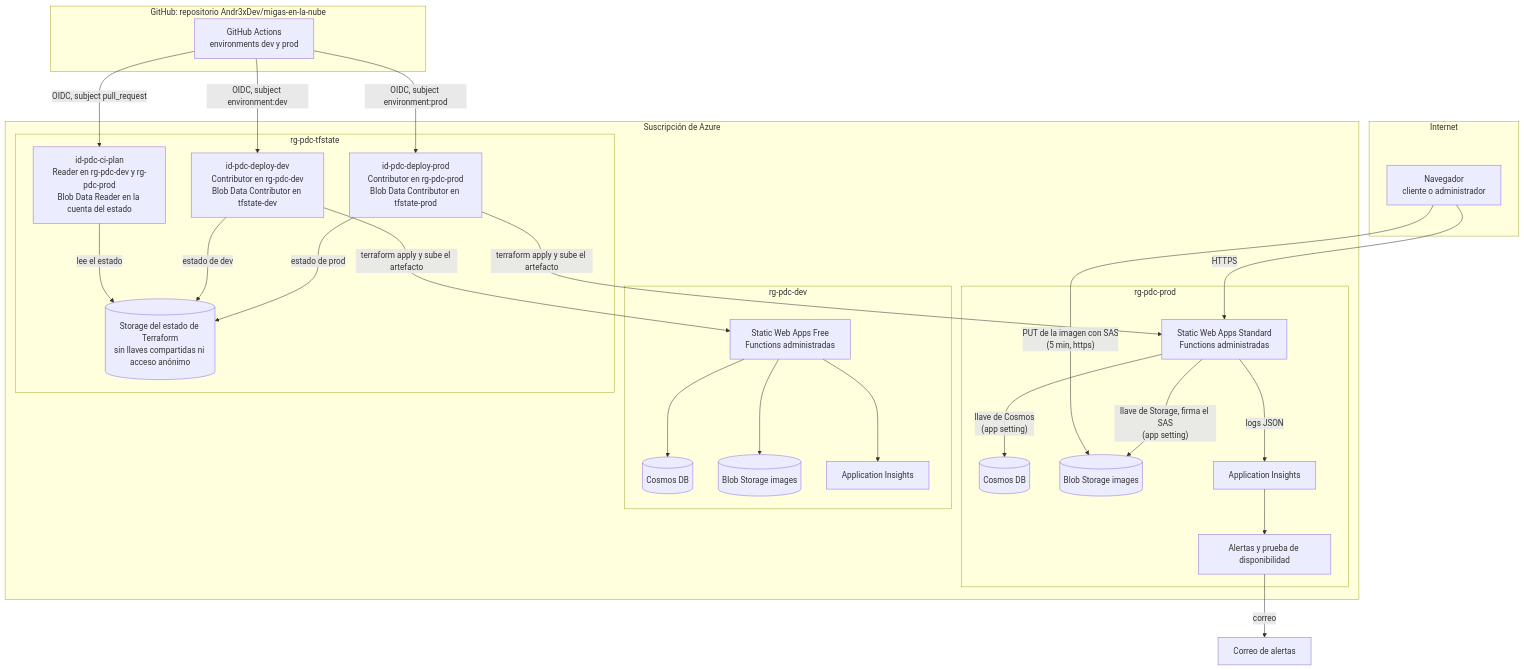
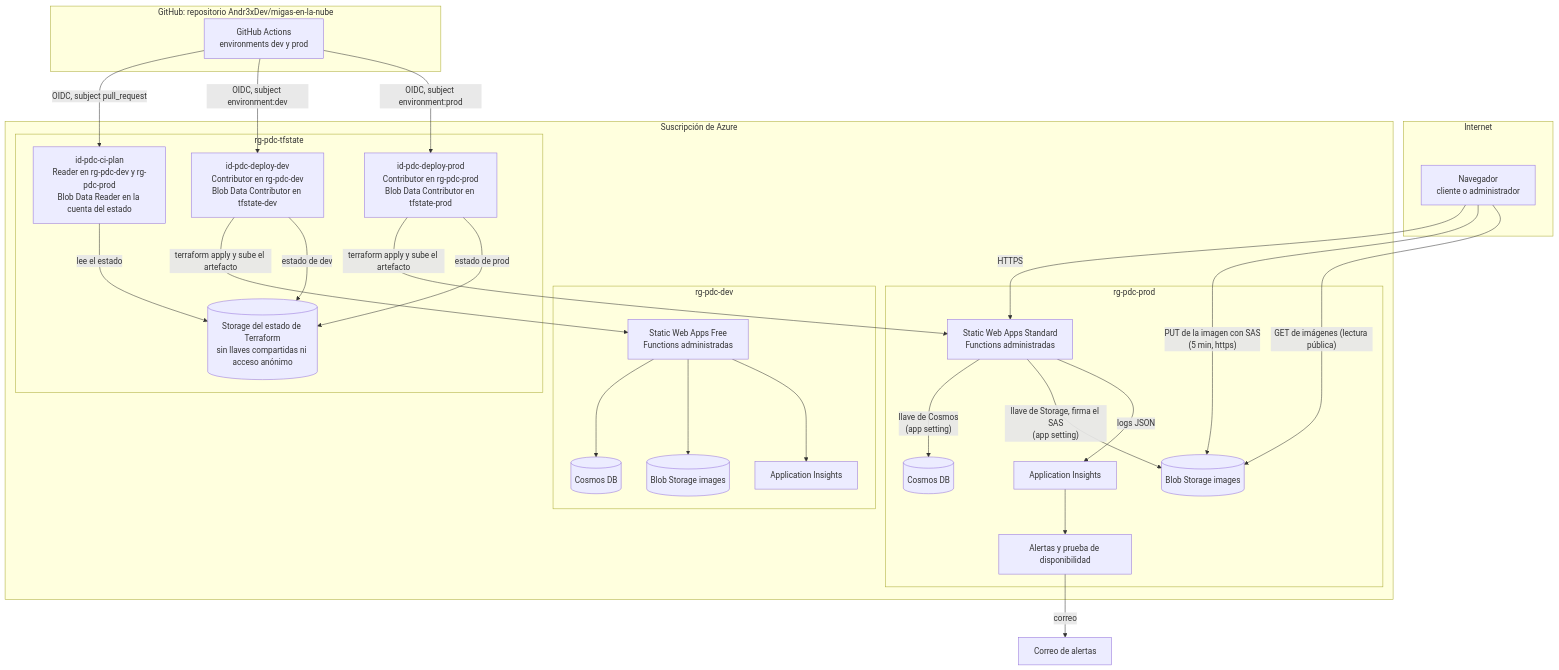
Before and after one commit to Andr3xDev/migas-en-la-nube: the diagram in docs/diagramas/red-seguridad.md, drawn with Mermaid. The commit also changed 2 other files, not shown here.

Commit message:
docs: correct ruleset, alert and deploy claims in design docs

````diff
--- a/docs/diagramas/red-seguridad.md
+++ b/docs/diagramas/red-seguridad.md
@@ -5,56 +5,57 @@
 ```mermaid
 flowchart TB
     subgraph Internet["Internet"]
         User["Navegador<br/>cliente o administrador"]
     end
 
     subgraph GH["GitHub: repositorio Andr3xDev/migas-en-la-nube"]
         Actions["GitHub Actions<br/>environments dev y prod"]
     end
 
     subgraph Azure["Suscripción de Azure"]
         subgraph RGProd["rg-pdc-prod"]
             SwaProd["Static Web Apps Standard<br/>Functions administradas"]
             CosmosProd[("Cosmos DB")]
             BlobProd[("Blob Storage images")]
             AiProd["Application Insights"]
             Alerts["Alertas y prueba de disponibilidad"]
         end
 
         subgraph RGDev["rg-pdc-dev"]
             SwaDev["Static Web Apps Free<br/>Functions administradas"]
             CosmosDev[("Cosmos DB")]
             BlobDev[("Blob Storage images")]
             AiDev["Application Insights"]
         end
 
         subgraph RGTF["rg-pdc-tfstate"]
             IdPlan["id-pdc-ci-plan<br/>Reader en rg-pdc-dev y rg-pdc-prod<br/>Blob Data Reader en la cuenta del estado"]
             IdDev["id-pdc-deploy-dev<br/>Contributor en rg-pdc-dev<br/>Blob Data Contributor en tfstate-dev"]
             IdProd["id-pdc-deploy-prod<br/>Contributor en rg-pdc-prod<br/>Blob Data Contributor en tfstate-prod"]
             State[("Storage del estado de Terraform<br/>sin llaves compartidas ni acceso anónimo")]
         end
     end
 
     Mail["Correo de alertas"]
 
     User -->|"HTTPS"| SwaProd
     User -->|"PUT de la imagen con SAS<br/>(5 min, https)"| BlobProd
+    User -->|"GET de imágenes (lectura pública)"| BlobProd
     SwaProd -->|"llave de Cosmos<br/>(app setting)"| CosmosProd
     SwaProd -->|"llave de Storage, firma el SAS<br/>(app setting)"| BlobProd
     SwaProd -->|"logs JSON"| AiProd
     AiProd --> Alerts
     Alerts -->|"correo"| Mail
     SwaDev --> CosmosDev
     SwaDev --> BlobDev
     SwaDev --> AiDev
 
     Actions -->|"OIDC, subject pull_request"| IdPlan
     Actions -->|"OIDC, subject environment:dev"| IdDev
     Actions -->|"OIDC, subject environment:prod"| IdProd
     IdDev -->|"terraform apply y sube el artefacto"| SwaDev
     IdProd -->|"terraform apply y sube el artefacto"| SwaProd
     IdPlan -->|"lee el estado"| State
     IdDev -->|"estado de dev"| State
     IdProd -->|"estado de prod"| State
 ```
````
